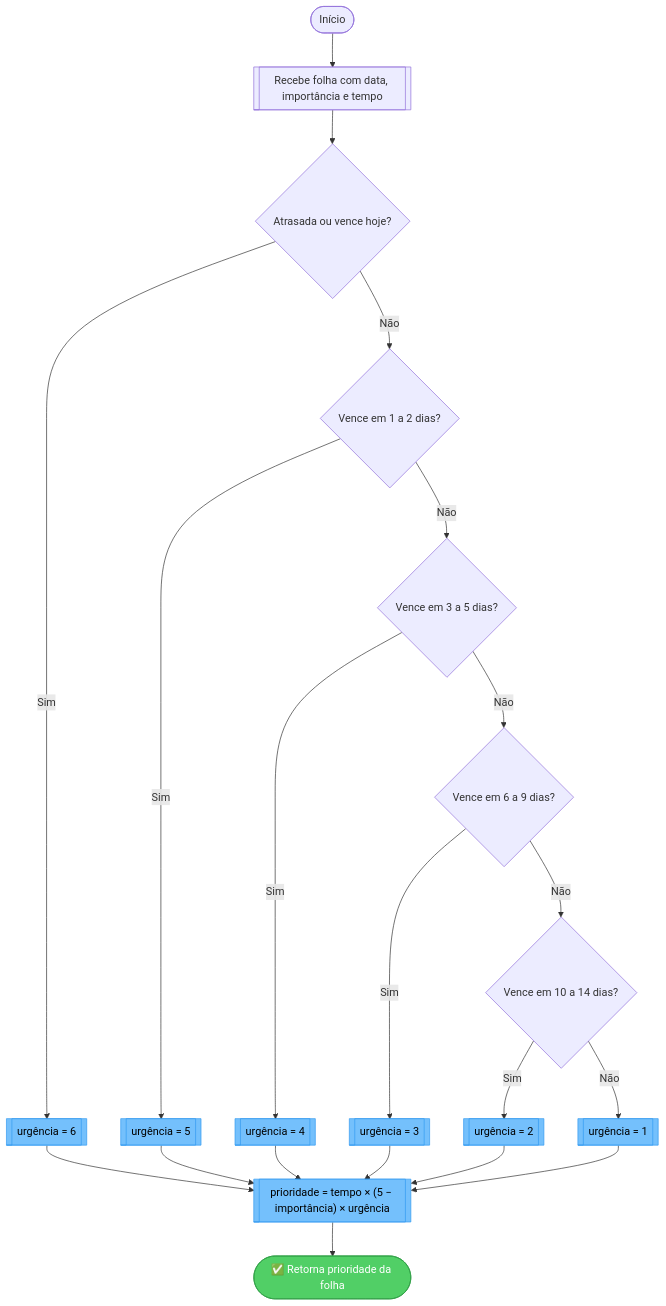
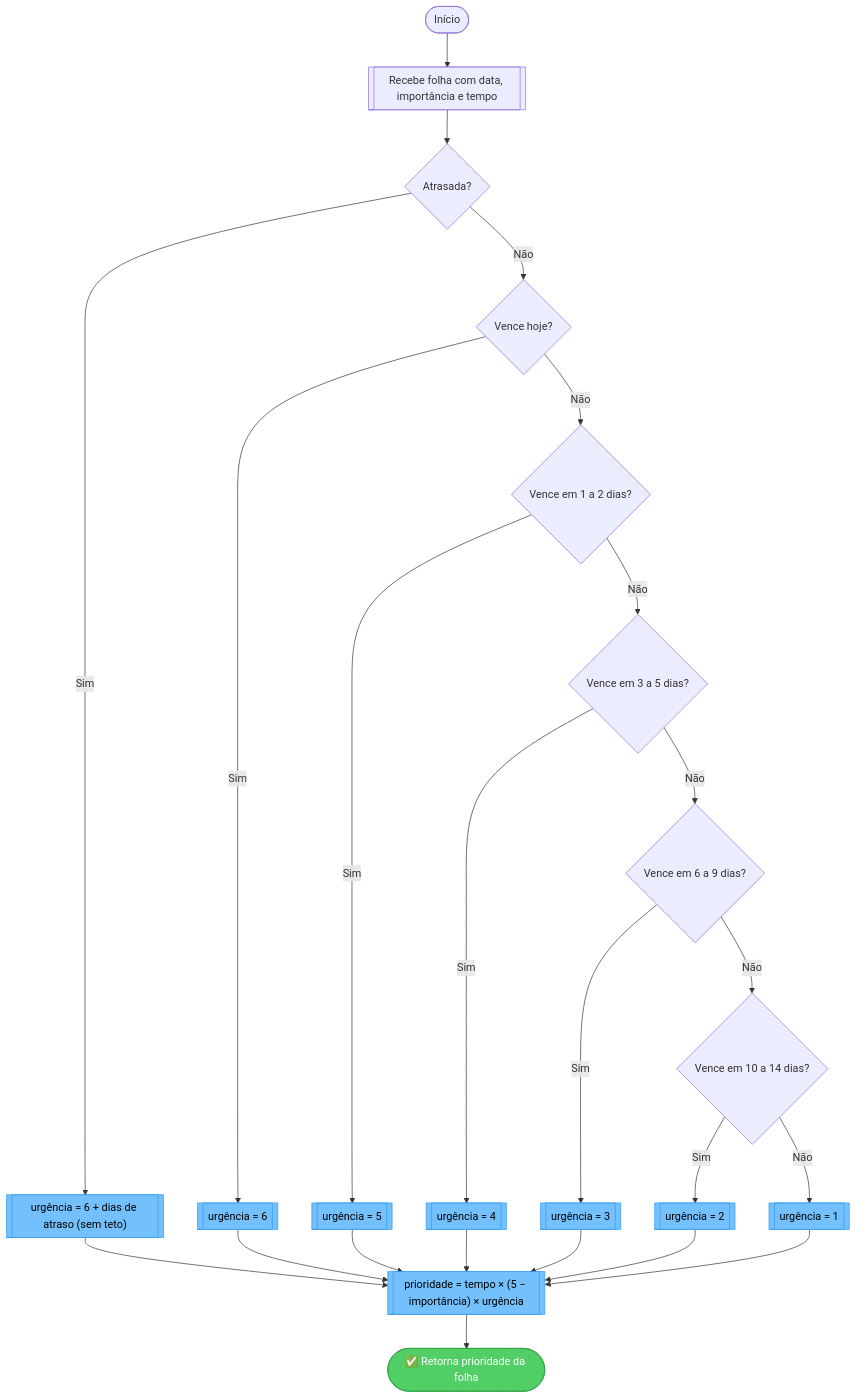
The fourth of 12 diagrams in docs/gerenciador_tarefas_v1_diagrams.md (leandrorochaadm/meu-tempo-app), drawn with Mermaid before and after one commit. The commit also changed 5 other files, not shown here.

````diff
--- a/docs/gerenciador_tarefas_v1_diagrams.md
+++ b/docs/gerenciador_tarefas_v1_diagrams.md
@@ -163,28 +163,31 @@
 ```mermaid
 flowchart TD
   classDef error fill:#ff6b6b,color:#fff,stroke:#c0392b
   classDef success fill:#51cf66,color:#fff,stroke:#2f9e44
   classDef process fill:#74c0fc,color:#000,stroke:#339af0
 
   A([Início]) --> B[["Recebe folha com data, importância e tempo"]]
-  B --> C{Atrasada ou vence hoje?}
+  B --> Z{Atrasada?}
+  Z -- Sim --> UO[["urgência = 6 + dias de atraso (sem teto)"]]:::process
+  Z -- Não --> C{Vence hoje?}
   C -- Sim --> U6[[urgência = 6]]:::process
   C -- Não --> D{Vence em 1 a 2 dias?}
   D -- Sim --> U5[[urgência = 5]]:::process
   D -- Não --> E{Vence em 3 a 5 dias?}
   E -- Sim --> U4[[urgência = 4]]:::process
   E -- Não --> F{Vence em 6 a 9 dias?}
   F -- Sim --> U3[[urgência = 3]]:::process
   F -- Não --> G{Vence em 10 a 14 dias?}
   G -- Sim --> U2[[urgência = 2]]:::process
   G -- Não --> U1[[urgência = 1]]:::process
 
+  UO --> H
   U6 --> H
   U5 --> H
   U4 --> H
   U3 --> H
   U2 --> H
   U1 --> H
   H[["prioridade = tempo × (5 − importância) × urgência"]]:::process
   H --> I([✅ Retorna prioridade da folha]):::success
 ```
````
